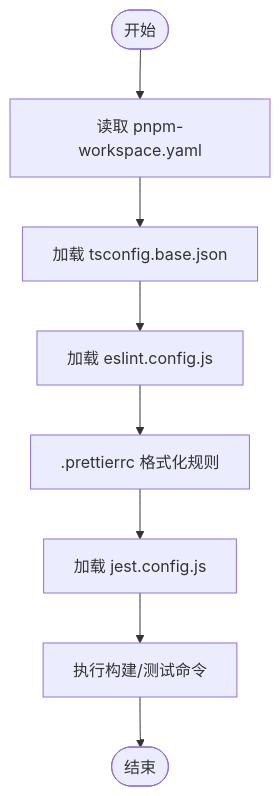
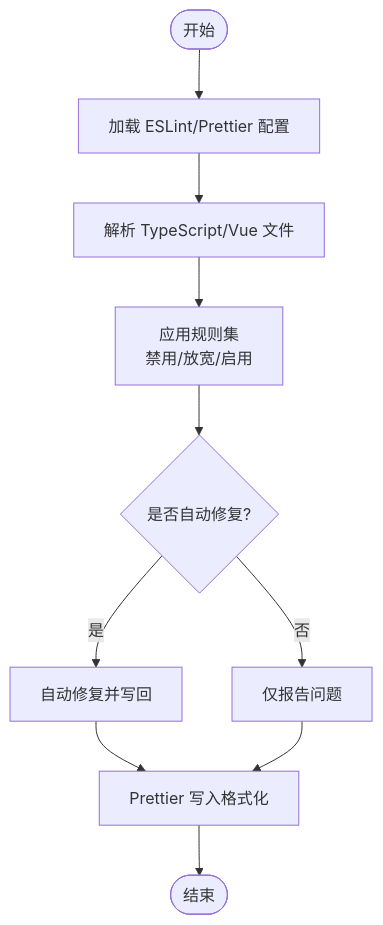
One commit to daoApps/daoApps changed the third of 7 diagrams in .qoder/repowiki/zh/content/开发者指南/开发者指南.md. Above: the diagram before and after it, drawn with Mermaid. The commit also changed other lines of this file and 205 other files, not shown here.

````diff
--- a/.qoder/repowiki/zh/content/开发者指南/开发者指南.md
+++ b/.qoder/repowiki/zh/content/开发者指南/开发者指南.md
@@ -187,10 +163,12 @@
 ```mermaid
 flowchart TD
-Start(["开始"]) --> WS["读取 pnpm-workspace.yaml"]
-WS --> TSBase["加载 tsconfig.base.json"]
-TSBase --> ESL["加载 eslint.config.js"]
-ESL --> PrettierCfg[".prettierrc 格式化规则"]
-PrettierCfg --> JestCfg["加载 jest.config.js"]
-JestCfg --> Build["执行构建/测试命令"]
-Build --> End(["结束"])
+Start(["开始"]) --> LoadCfg["加载 ESLint/Prettier 配置"]
+LoadCfg --> ParseTS["解析 TypeScript/Vue 文件"]
+ParseTS --> LintRules["应用规则集<br/>禁用/放宽/启用"]
+LintRules --> FixMode{"是否自动修复?"}
+FixMode --> |是| AutoFix["自动修复并写回"]
+FixMode --> |否| ReportOnly["仅报告问题"]
+AutoFix --> Format["Prettier 写入格式化"]
+ReportOnly --> Format
+Format --> End(["结束"])
 ```
````
